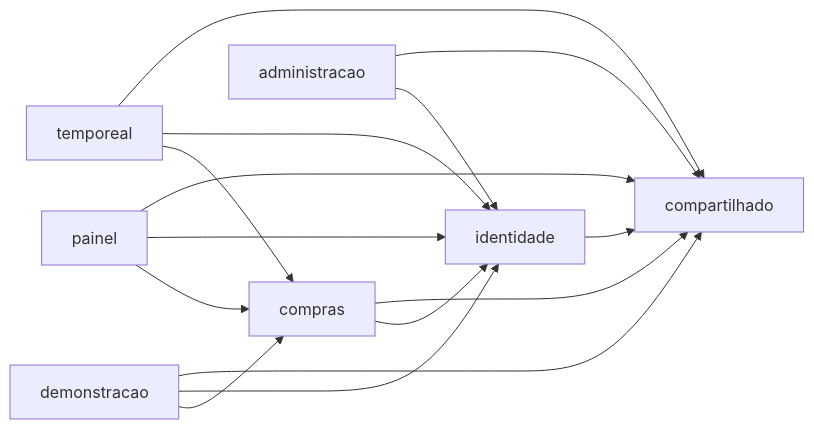
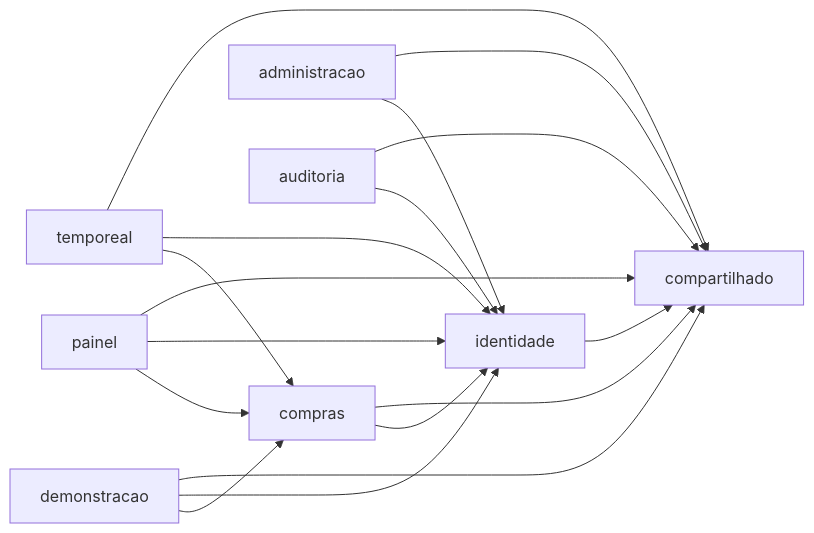
Before and after one commit to marcusrdrigues/hackathon-coti-criare-2025: the fourth of 5 diagrams in README.md, drawn with Mermaid. The commit also changed other lines of this file and 6 other files, not shown here.

````diff
--- a/README.md
+++ b/README.md
@@ -276,9 +277,10 @@
 ```mermaid
 flowchart LR
     demonstracao --> compras & identidade
     painel --> compras & identidade
     administracao --> identidade
+    auditoria --> identidade
     temporeal --> compras & identidade
     compras --> identidade
-    identidade & compras & painel & administracao & temporeal & demonstracao --> compartilhado
+    identidade & compras & painel & administracao & auditoria & temporeal & demonstracao --> compartilhado
 ```
````
